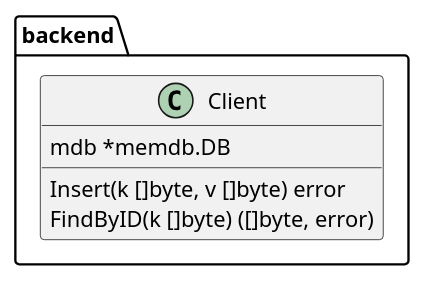
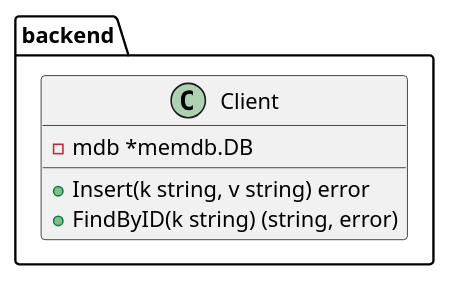
The diagram in doc/00-oop.puml (chvois1/ioc-go), drawn with PlantUML before and after one commit. The commit also changed 17 other files, not shown here.

```diff
--- a/doc/00-oop.puml
+++ b/doc/00-oop.puml
@@ -1,11 +1,10 @@
 @startuml 00-oop
 namespace backend {
 
-    class Client  {
-        mdb *memdb.DB
-        Insert(k []byte, v []byte) error
-        FindByID(k []byte) ([]byte, error)
-    }
+  class Client  {
+    - mdb *memdb.DB
+    + Insert(k string, v string) error
+    + FindByID(k string) (string, error)
+  }
 }
-
 @enduml
```
